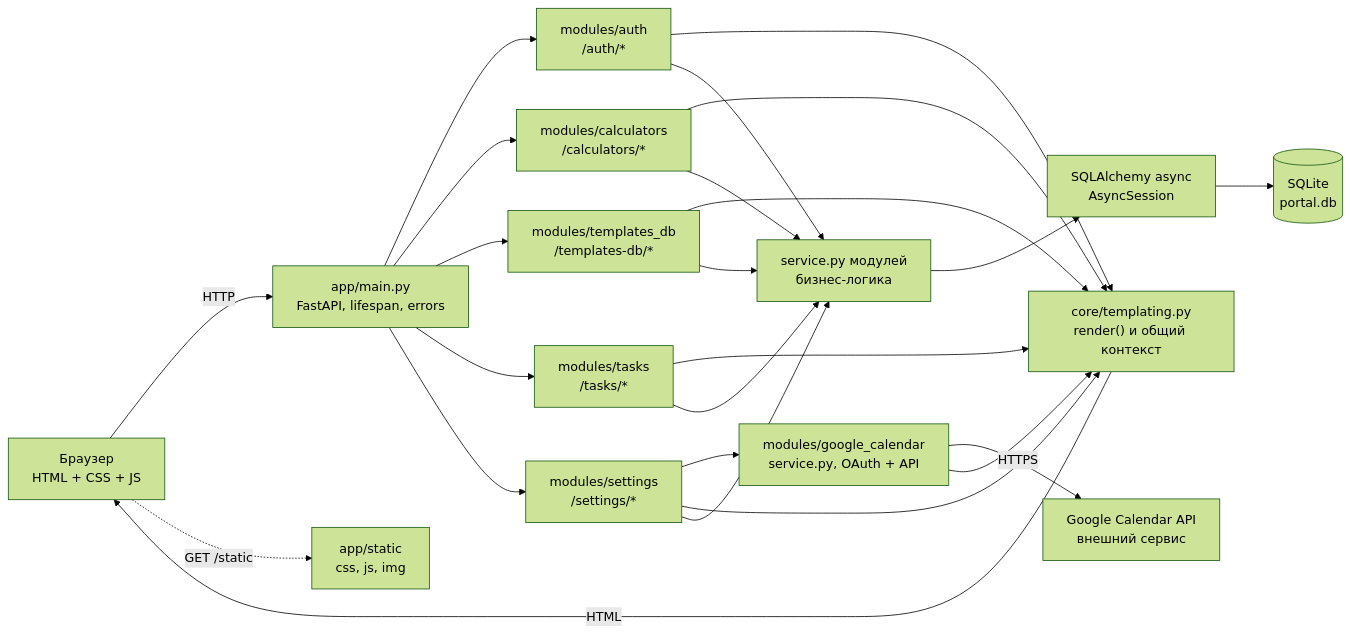
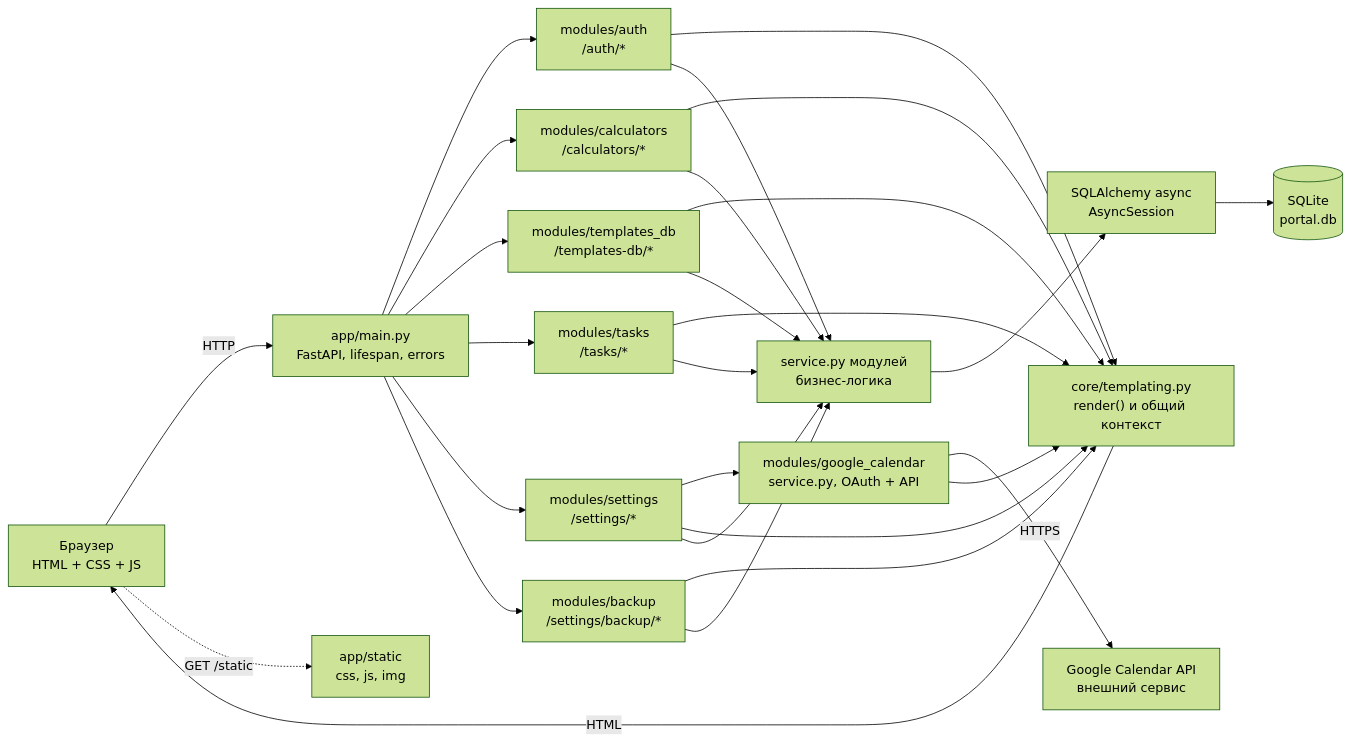
The first of 2 diagrams in PROJECT_MAP.md (serginyakow-rgb/Portal), drawn with Mermaid (forest theme) before and after one commit. The commit also changed other lines of this file and 25 other files, not shown here.

````diff
--- a/PROJECT_MAP.md
+++ b/PROJECT_MAP.md
@@ -33,41 +33,45 @@
 ```mermaid
 flowchart LR
     Browser["Браузер<br/>HTML + CSS + JS"]
     Static["app/static<br/>css, js, img"]
     Main["app/main.py<br/>FastAPI, lifespan, errors"]
     Render["core/templating.py<br/>render() и общий контекст"]
     Auth["modules/auth<br/>/auth/*"]
     Calc["modules/calculators<br/>/calculators/*"]
     TDB["modules/templates_db<br/>/templates-db/*"]
     Tasks["modules/tasks<br/>/tasks/*"]
     Settings["modules/settings<br/>/settings/*"]
+    Backup["modules/backup<br/>/settings/backup/*"]
     GCal["modules/google_calendar<br/>service.py, OAuth + API"]
     Google["Google Calendar API<br/>внешний сервис"]
     Services["service.py модулей<br/>бизнес-логика"]
     ORM["SQLAlchemy async<br/>AsyncSession"]
     DB[("SQLite<br/>portal.db")]
 
     Browser -->|HTTP| Main
     Browser -.->|GET /static| Static
     Main --> Auth
     Main --> Calc
     Main --> TDB
     Main --> Tasks
     Main --> Settings
+    Main --> Backup
     Settings --> GCal
     GCal -->|HTTPS| Google
     Auth --> Render
     Calc --> Render
     TDB --> Render
     Tasks --> Render
     Settings --> Render
+    Backup --> Render
     GCal --> Render
     Render -->|HTML| Browser
     Auth --> Services
     Calc --> Services
     TDB --> Services
     Tasks --> Services
     Settings --> Services
+    Backup --> Services
     Services --> ORM
     ORM --> DB
 ```
````
